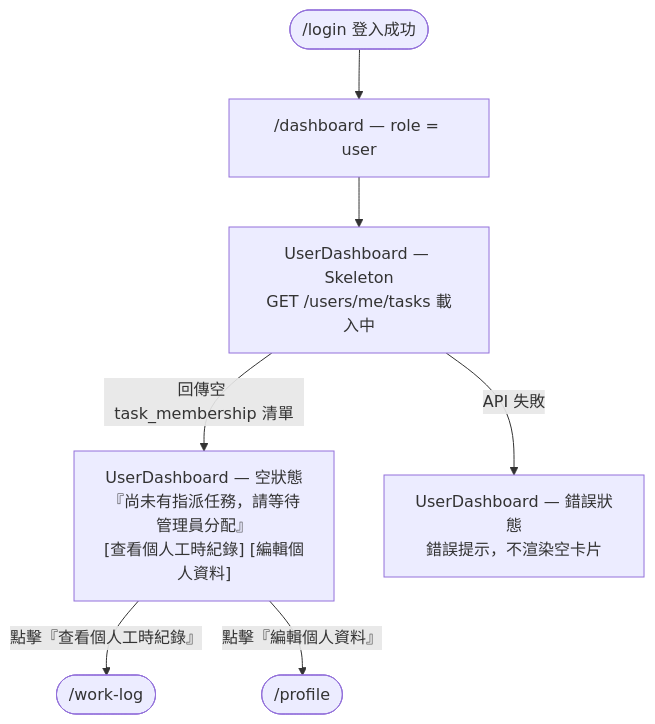
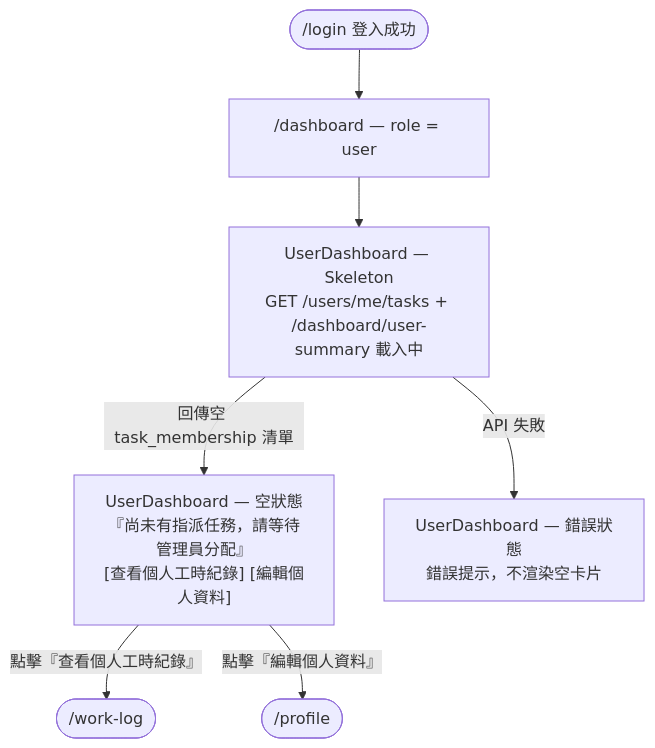
The fourth of 7 diagrams in specs/dashboard/012-dashboard/spec.md (singyichen/label-suite), drawn with Mermaid before and after one commit. The commit also changed other lines of this file and 8 other files, not shown here.

````diff
--- a/specs/dashboard/012-dashboard/spec.md
+++ b/specs/dashboard/012-dashboard/spec.md
@@ -213,9 +225,9 @@
 ```mermaid
 flowchart TD
     A(["/login 登入成功"]) --> B["/dashboard — role = user"]
-    B --> C["UserDashboard — Skeleton\nGET /users/me/tasks 載入中"]
+    B --> C["UserDashboard — Skeleton\nGET /users/me/tasks + /dashboard/user-summary 載入中"]
     C -->|"回傳空 task_membership 清單"| D["UserDashboard — 空狀態\n『尚未有指派任務，請等待管理員分配』\n[查看個人工時紀錄] [編輯個人資料]"]
     C -->|"API 失敗"| G["UserDashboard — 錯誤狀態\n錯誤提示，不渲染空卡片"]
     D -->|"點擊『查看個人工時紀錄』"| E(["/work-log"])
     D -->|"點擊『編輯個人資料』"| F(["/profile"])
 ```
````
